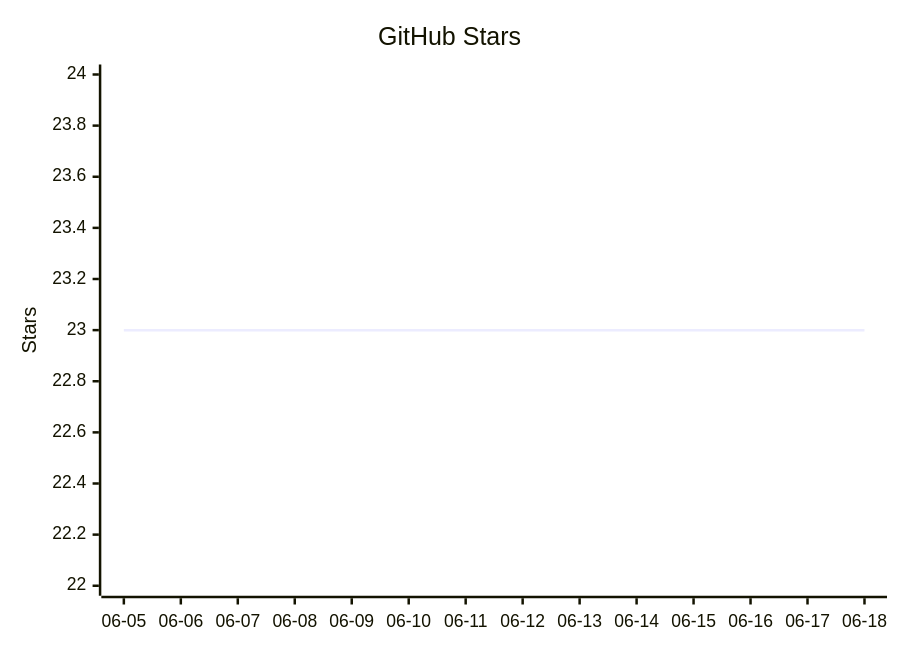
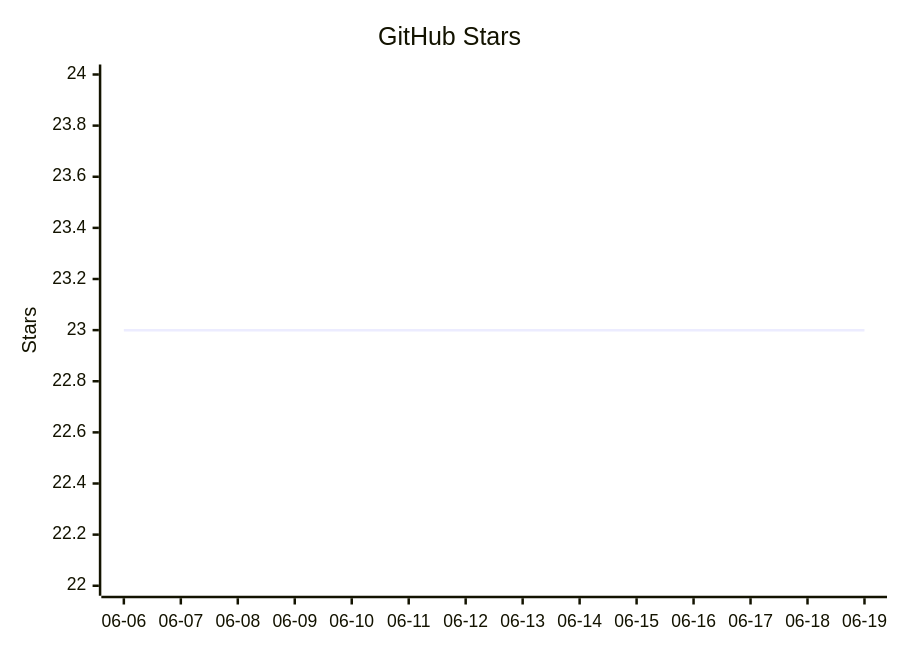
One commit to vectie/moonclaw changed the diagram in README.mbt.md. Above: the diagram before and after it, drawn with Mermaid. The commit also changed other lines of this file and 1 other file, not shown here.

Commit message:
Update README star growth

````diff
--- a/README.mbt.md
+++ b/README.mbt.md
@@ -614,7 +614,7 @@
 ```mermaid
 xychart-beta
     title "GitHub Stars"
-    x-axis ["06-05","06-06","06-07","06-08","06-09","06-10","06-11","06-12","06-13","06-14","06-15","06-16","06-17","06-18"]
+    x-axis ["06-06","06-07","06-08","06-09","06-10","06-11","06-12","06-13","06-14","06-15","06-16","06-17","06-18","06-19"]
     y-axis "Stars" 22 --> 24
     line [23,23,23,23,23,23,23,23,23,23,23,23,23,23]
 ```
````
